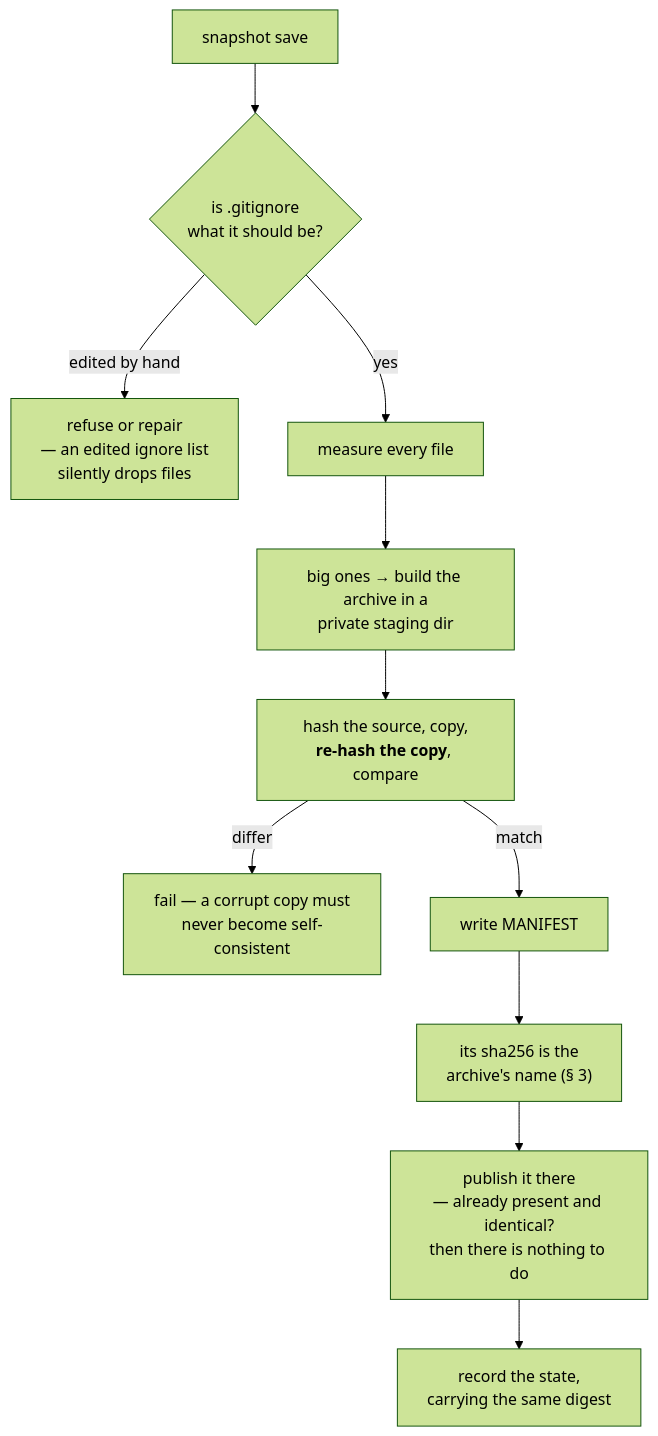
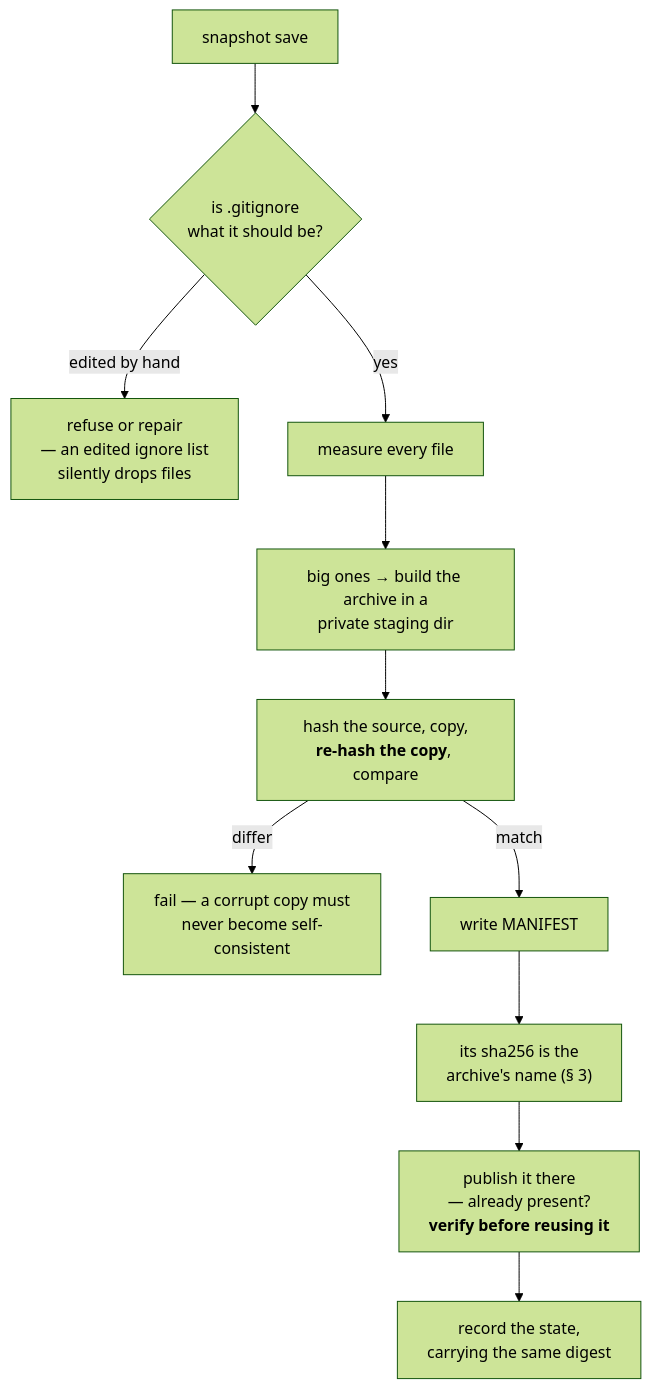
The second of 3 diagrams in docs/execution/checkpointing.md (Qing-LAB/molbuilder), drawn with Mermaid (forest theme) before and after one commit. The commit also changed other lines of this file and 2 other files, not shown here.

````diff
--- a/docs/execution/checkpointing.md
+++ b/docs/execution/checkpointing.md
@@ -379,13 +379,13 @@
 ```mermaid
 flowchart TB
     S["snapshot save"] --> R{"is .gitignore<br/>what it should be?"}
     R -->|"edited by hand"| STOP1["refuse or repair<br/>— an edited ignore list<br/>silently drops files"]
     R -->|"yes"| M["measure every file"]
     M --> B["big ones → build the archive in a<br/>private staging dir"]
     B --> V["hash the source, copy,<br/><b>re-hash the copy</b>, compare"]
     V -->|"differ"| STOP2["fail — a corrupt copy must<br/>never become self-consistent"]
     V -->|"match"| W["write MANIFEST"]
     W --> D["its sha256 is the<br/>archive's name (§ 3)"]
-    D --> SW["publish it there<br/>— already present and identical?<br/>then there is nothing to do"]
+    D --> SW["publish it there<br/>— already present?<br/><b>verify before reusing it</b>"]
     SW --> C["record the state,<br/>carrying the same digest"]
 ```
````
